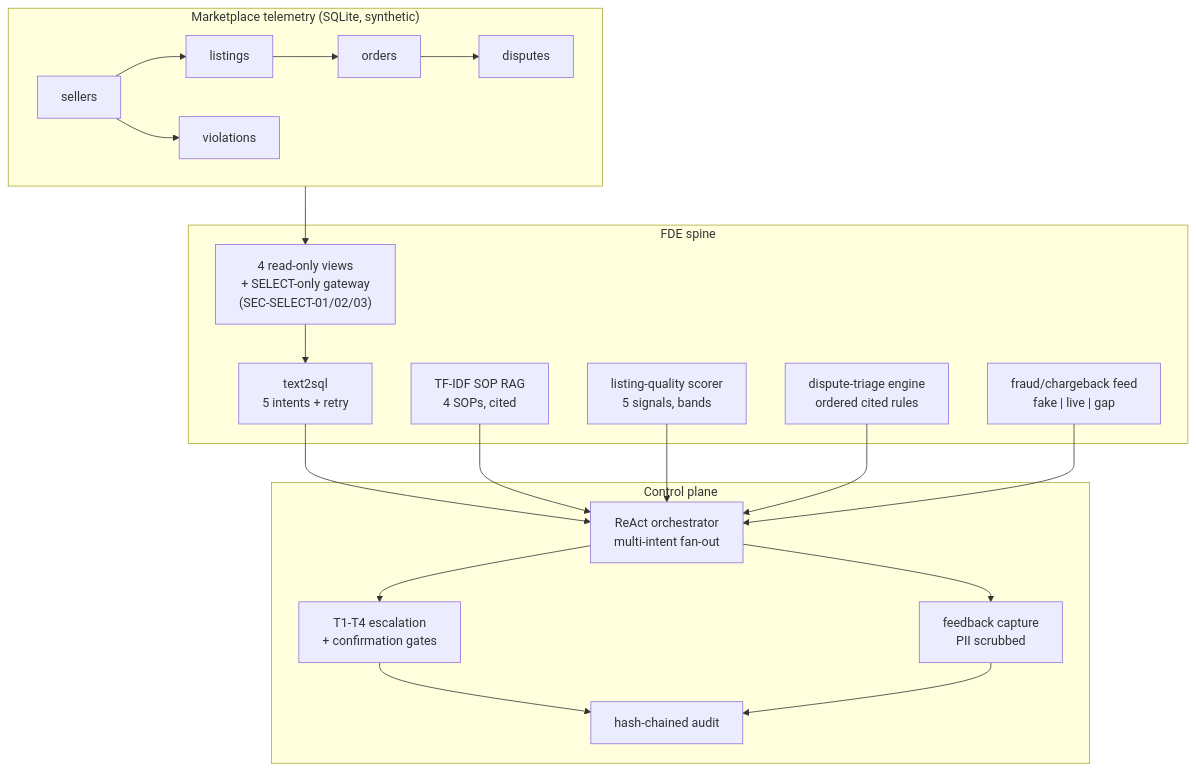
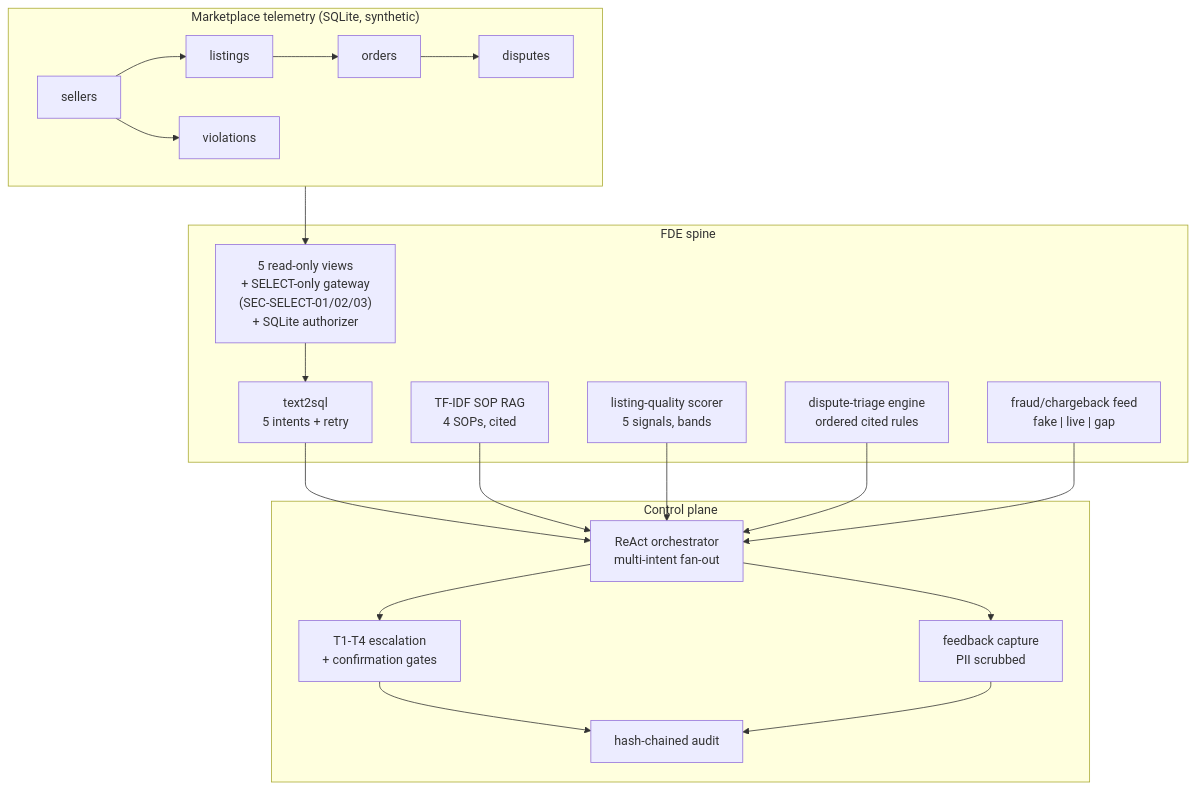
Before and after one commit to jagadishmazure-jpg/Jagadish-marketplace-seller-agents: the diagram in knowledge/architecture.md, drawn with Mermaid. The commit also changed 23 other files, not shown here.

First line of the commit message:
Standardize: CI, security files, gateway authorizer backstop, review fixes

````diff
--- a/knowledge/architecture.md
+++ b/knowledge/architecture.md
@@ -3,34 +3,34 @@
 ```mermaid
 flowchart TB
     subgraph Capture["Marketplace telemetry (SQLite, synthetic)"]
         S[sellers] --> L[listings]
         L --> O[orders]
         O --> D[disputes]
         S --> V[violations]
     end
 
     subgraph Spine["FDE spine"]
-        VIEWS["4 read-only views\n+ SELECT-only gateway\n(SEC-SELECT-01/02/03)"]
+        VIEWS["5 read-only views\n+ SELECT-only gateway\n(SEC-SELECT-01/02/03)\n+ SQLite authorizer"]
         T2S["text2sql\n5 intents + retry"]
         RAG["TF-IDF SOP RAG\n4 SOPs, cited"]
         Q["listing-quality scorer\n5 signals, bands"]
         DT["dispute-triage engine\nordered cited rules"]
         FS["fraud/chargeback feed\nfake | live | gap"]
     end
 
     subgraph Control["Control plane"]
         ORCH["ReAct orchestrator\nmulti-intent fan-out"]
         ESC["T1-T4 escalation\n+ confirmation gates"]
         AUD["hash-chained audit"]
         FB["feedback capture\nPII scrubbed"]
     end
 
     Capture --> VIEWS
     VIEWS --> T2S --> ORCH
     RAG --> ORCH
     Q --> ORCH
     DT --> ORCH
     FS --> ORCH
     ORCH --> ESC --> AUD
     ORCH --> FB --> AUD
 ```
````
